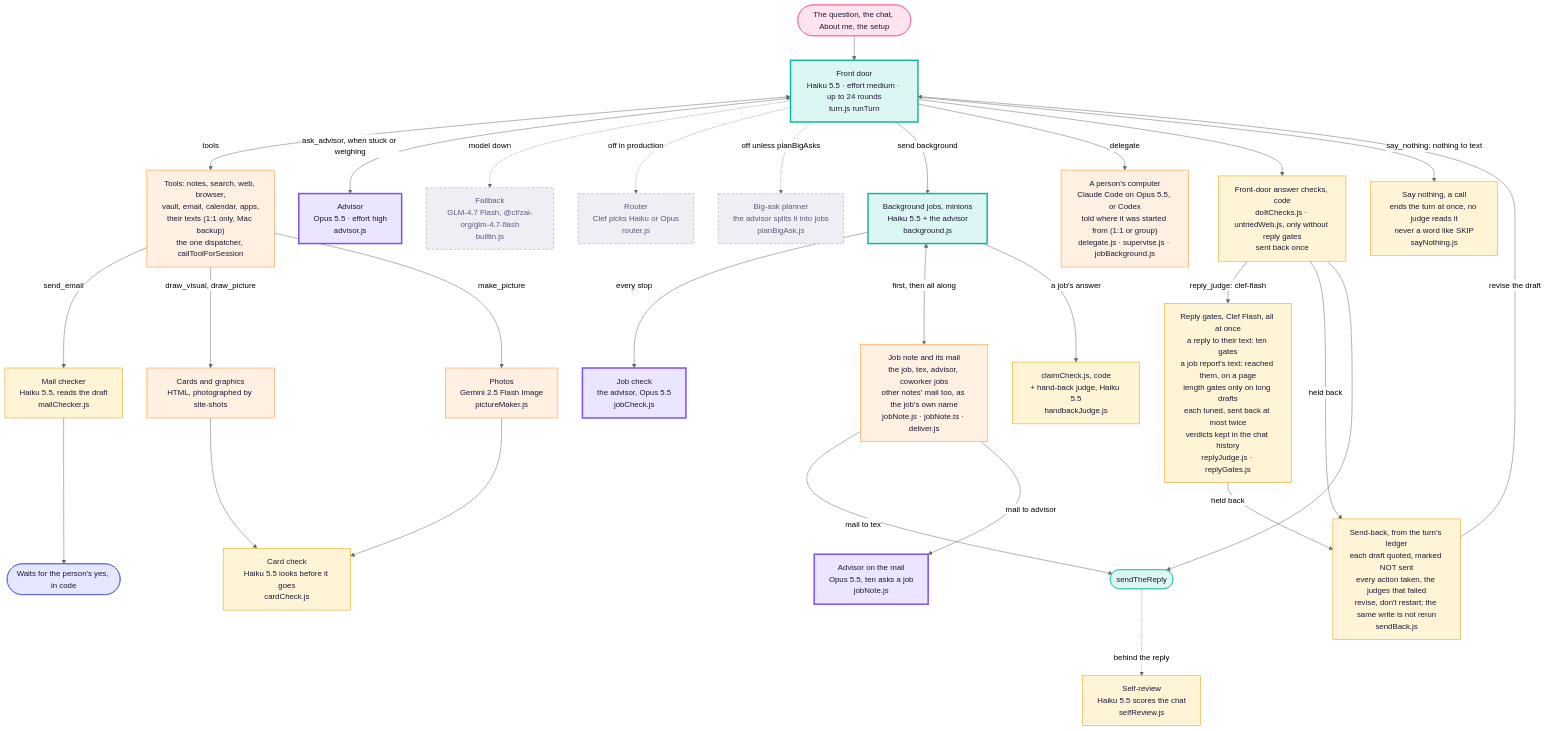
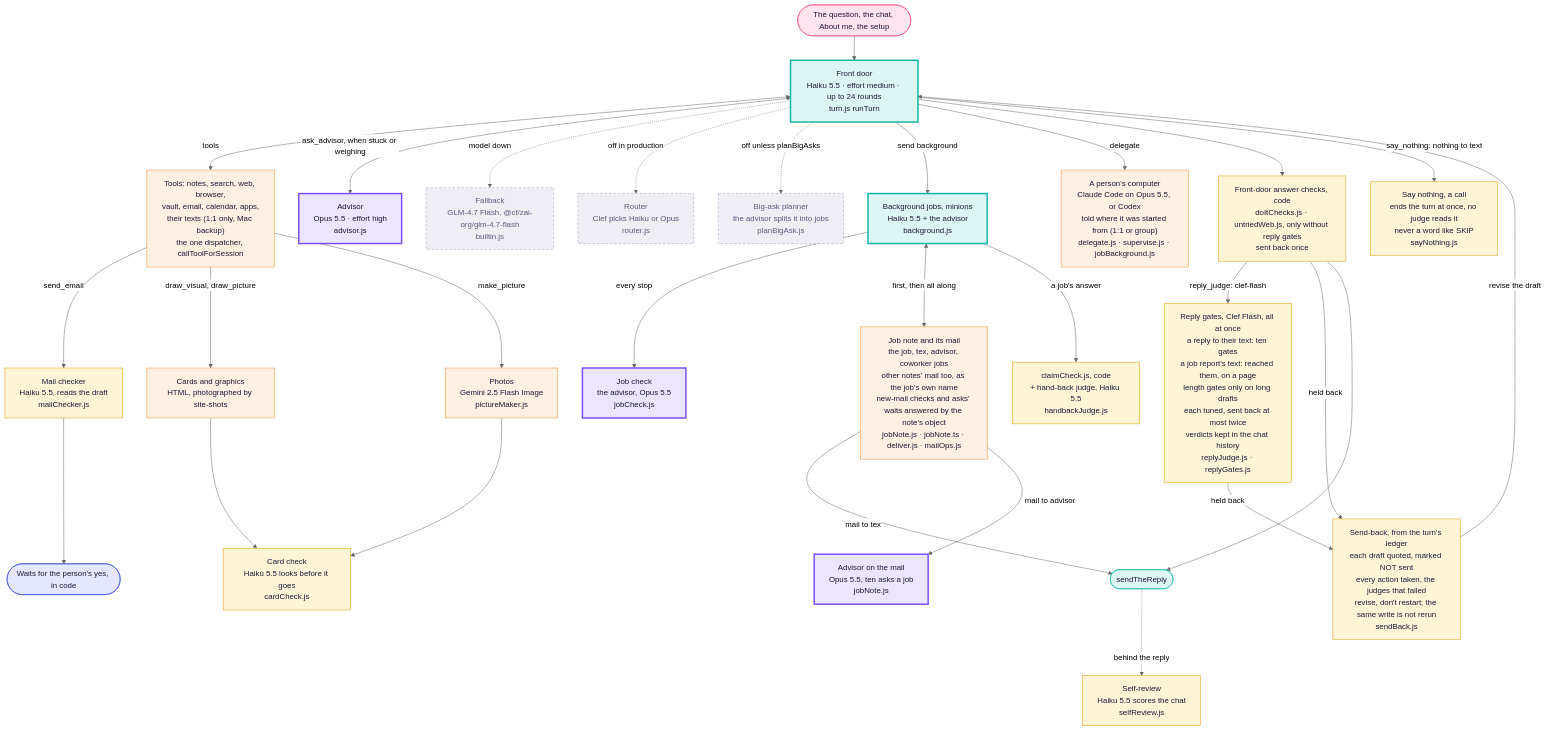
The third of 3 diagrams in docs/architecture/tex.md (Supa-Media/context), drawn with Mermaid (neutral theme) before and after one commit. The commit also changed other lines of this file and 10 other files, not shown here.

First line of the commit message:
Answer note mail checks in the workspace object (#3077)

````diff
--- a/docs/architecture/tex.md
+++ b/docs/architecture/tex.md
@@ -111,43 +111,43 @@
 ```mermaid
 flowchart TB
   Q([The question, the chat, About me, the setup]):::you --> FD
   FD["Front door<br/>Haiku 5.5 · effort medium · up to 24 rounds<br/>turn.js runTurn"]:::haiku
   FD <-->|tools| T["Tools: notes, search, web, browser,<br/>vault, email, calendar, apps,<br/>their texts (1:1 only, Mac backup)<br/>the one dispatcher, callToolForSession"]:::tool
   FD <-->|ask_advisor, when stuck or weighing| ADV["Advisor<br/>Opus 5.5 · effort high<br/>advisor.js"]:::opus
   FD -. model down .-> FB["Fallback<br/>GLM-4.7 Flash, @cf/zai-org/glm-4.7-flash<br/>builtin.js"]:::off
   FD -. off in production .-> RT["Router<br/>Clef picks Haiku or Opus<br/>router.js"]:::off
   FD -. off unless planBigAsks .-> PL["Big-ask planner<br/>the advisor splits it into jobs<br/>planBigAsk.js"]:::off
 
   FD -->|send background| JOB["Background jobs, minions<br/>Haiku 5.5 + the advisor<br/>background.js"]:::haiku
   JOB -->|every stop| JC["Job check<br/>the advisor, Opus 5.5<br/>jobCheck.js"]:::opus
-  JOB <-->|first, then all along| JN["Job note and its mail<br/>the job, tex, advisor, coworker jobs<br/>other notes' mail too, as the job's own name<br/>jobNote.js · jobNote.ts · deliver.js"]:::tool
+  JOB <-->|first, then all along| JN["Job note and its mail<br/>the job, tex, advisor, coworker jobs<br/>other notes' mail too, as the job's own name<br/>new-mail checks and asks' waits answered by the note's object<br/>jobNote.js · jobNote.ts · deliver.js · mailOps.js"]:::tool
   JN -->|mail to tex| SEND
   JN -->|mail to advisor| JNA["Advisor on the mail<br/>Opus 5.5, ten asks a job<br/>jobNote.js"]:::opus
   JOB -->|a job's answer| JCK["claimCheck.js, code<br/>+ hand-back judge, Haiku 5.5<br/>handbackJudge.js"]:::judge
   FD -->|delegate| DL["A person's computer<br/>Claude Code on Opus 5.5, or Codex<br/>told where it was started from (1:1 or group)<br/>delegate.js · supervise.js · jobBackground.js"]:::tool
 
   T -->|send_email| MC["Mail checker<br/>Haiku 5.5, reads the draft<br/>mailChecker.js"]:::judge
   MC --> YES([Waits for the person's yes, in code]):::rail
   T -->|draw_visual, draw_picture| PIC["Cards and graphics<br/>HTML, photographed by site-shots"]:::tool
   T -->|make_picture| IMG["Photos<br/>Gemini 2.5 Flash Image<br/>pictureMaker.js"]:::tool
   PIC --> CC["Card check<br/>Haiku 5.5 looks before it goes<br/>cardCheck.js"]:::judge
   IMG --> CC
 
   FD --> CHK["Front-door answer checks, code<br/>doItChecks.js · untriedWeb.js, only without reply gates<br/>sent back once"]:::judge
   FD -->|say_nothing: nothing to text| QT["Say nothing, a call<br/>ends the turn at once, no judge reads it<br/>never a word like SKIP<br/>sayNothing.js"]:::judge
   CHK -->|reply_judge: clef-flash| RJ["Reply gates, Clef Flash, all at once<br/>a reply to their text: ten gates<br/>a job report's text: reached them, on a page<br/>length gates only on long drafts<br/>each tuned, sent back at most twice<br/>verdicts kept in the chat history<br/>replyJudge.js · replyGates.js"]:::judge
   CHK -->|held back| SB["Send-back, from the turn's ledger<br/>each draft quoted, marked NOT sent<br/>every action taken, the judges that failed<br/>revise, don't restart; the same write is not rerun<br/>sendBack.js"]:::judge
   RJ -->|held back| SB
   SB -->|revise the draft| FD
   CHK --> SEND([sendTheReply]):::door
   SEND -. behind the reply .-> SR["Self-review<br/>Haiku 5.5 scores the chat<br/>selfReview.js"]:::judge
 
   classDef you fill:#ffe3ee,stroke:#ff4f8b,color:#1d1838
   classDef haiku fill:#dcf7f3,stroke:#11b5a4,stroke-width:3px,color:#1d1838
   classDef opus fill:#ece5ff,stroke:#7b4dff,stroke-width:3px,color:#1d1838
   classDef judge fill:#fff5d6,stroke:#e09a00,color:#1d1838
   classDef tool fill:#fff0e2,stroke:#ff8a2a,color:#1d1838
   classDef rail fill:#e4e7ff,stroke:#3c4bd6,color:#1d1838
   classDef door fill:#dcf7f3,stroke:#11b5a4,color:#1d1838
   classDef off fill:#efeef4,stroke:#9a97b0,stroke-dasharray:5 4,color:#5d5880
 ```
````
